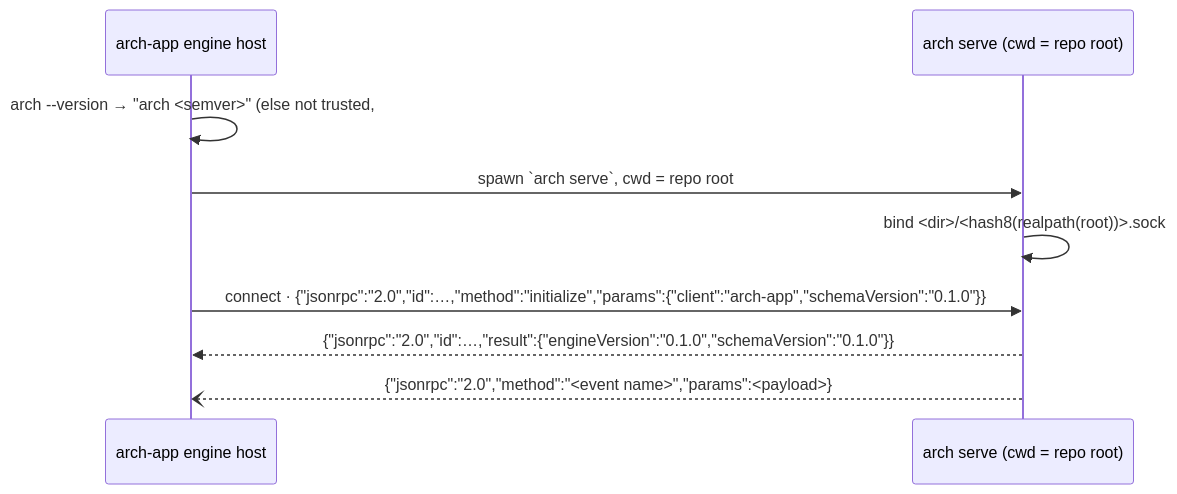
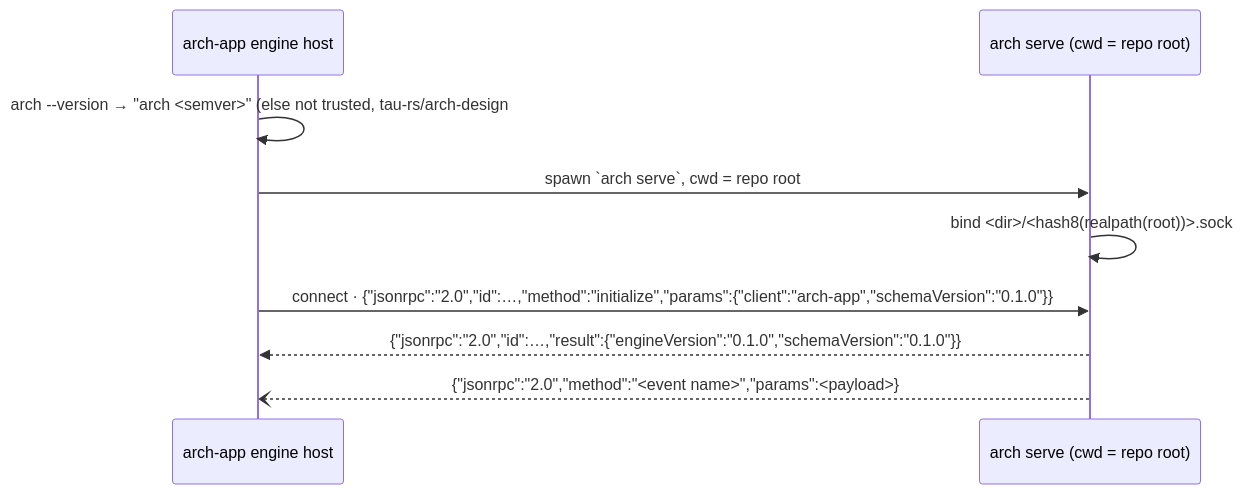
The diagram in design/adr/0034-arch-api-wire-contract.md (tau-rs/arch), drawn with Mermaid before and after one commit. The commit also changed other lines of this file and 44 other files, not shown here.

First line of the commit message:
chore: wire design/ and fixtures/ into the workspace, drop the arch-fixtures pin

````diff
--- a/design/adr/0034-arch-api-wire-contract.md
+++ b/design/adr/0034-arch-api-wire-contract.md
@@ -15,11 +15,11 @@
 ```mermaid
 sequenceDiagram
   participant App as arch-app engine host
   participant E as arch serve (cwd = repo root)
-  App->>App: arch --version → "arch <semver>" (else not trusted, #45)
+  App->>App: arch --version → "arch <semver>" (else not trusted, tau-rs/arch-design#45)
   App->>E: spawn `arch serve`, cwd = repo root
   E->>E: bind <dir>/<hash8(realpath(root))>.sock
   App->>E: connect · {"jsonrpc":"2.0","id":…,"method":"initialize","params":{"client":"arch-app","schemaVersion":"0.1.0"}}
   E-->>App: {"jsonrpc":"2.0","id":…,"result":{"engineVersion":"0.1.0","schemaVersion":"0.1.0"}}
   E--)App: {"jsonrpc":"2.0","method":"<event name>","params":<payload>}
 ```
````
